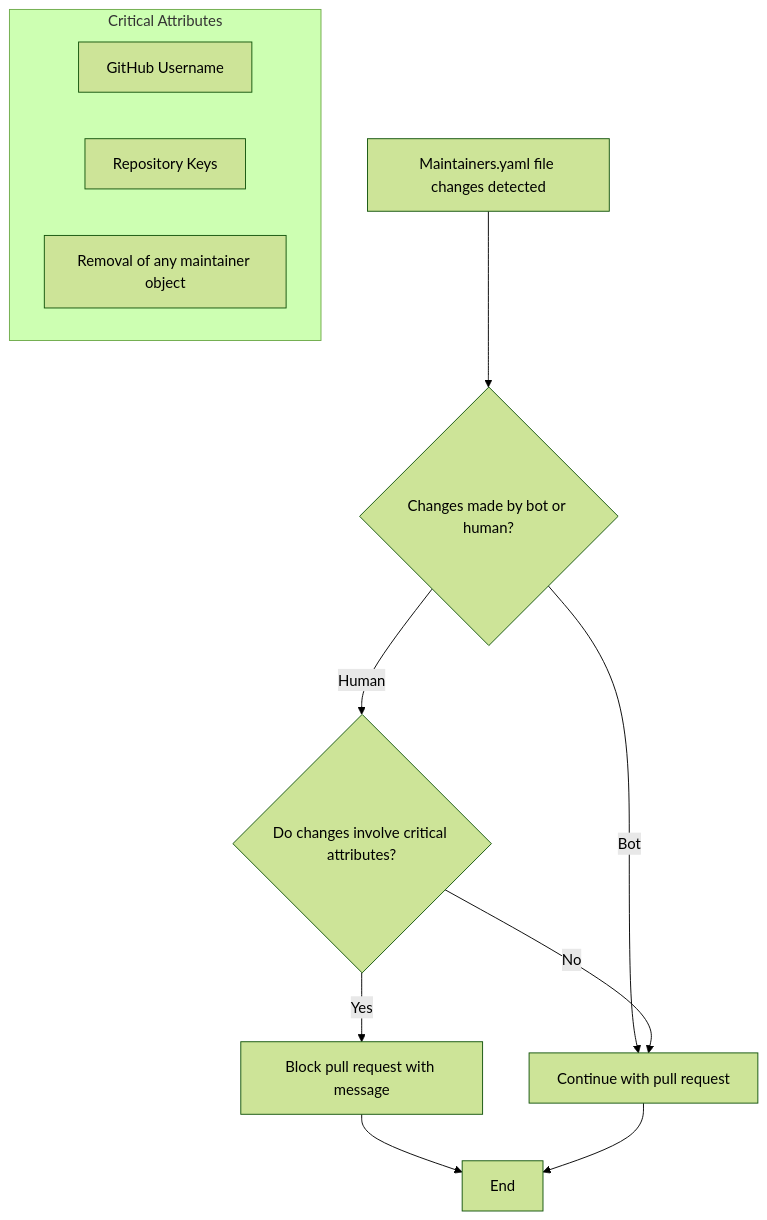
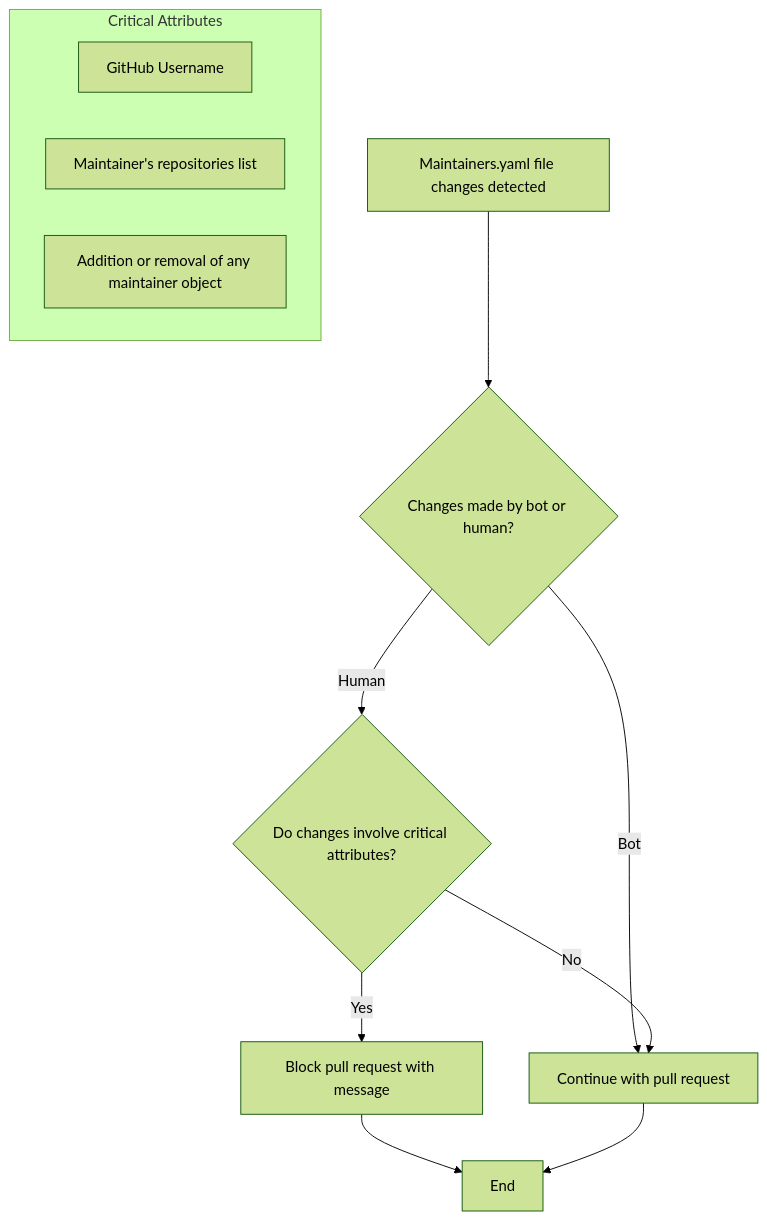
One commit to 14Richa/testRepo changed the fourth of 12 diagrams in scripts/README.md. Above: the diagram before and after it, drawn with Mermaid (forest theme).

Commit message:
update readme script

````diff
--- a/scripts/README.md
+++ b/scripts/README.md
@@ -66,20 +66,19 @@
 ```mermaid
 graph TD;
 A[Maintainers.yaml file changes detected] --> B{Changes made by bot or human?};
 
 B --> |Bot| E[Continue with pull request];
 B --> |Human| C{Do changes involve critical attributes?};
 
 C --> |Yes| D[Block pull request with message];
 C --> |No| E[Continue with pull request];
 
 D --> F[End];
 E --> F;
 
 subgraph Critical Attributes
 CA1[GitHub Username];
-CA2[Repository Keys];
-CA3[Removal of any maintainer object];
+CA2[Maintainer's repositories list];
+CA3[Addition or removal of any maintainer object];
 end
-
 ```
````
